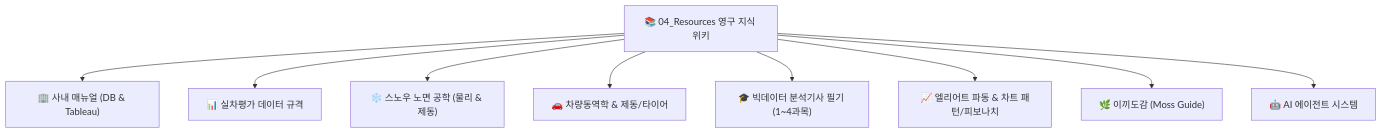
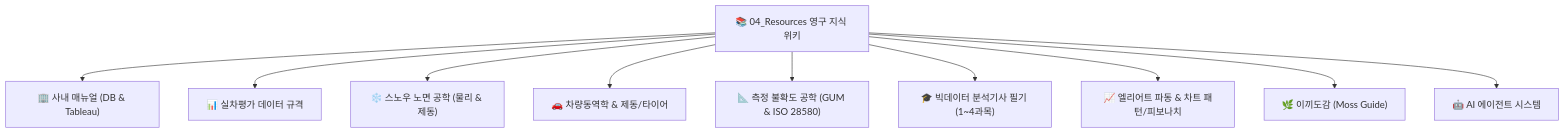
Before and after one commit to uunnooo/00_obsidian: the diagram in 04_Resources/00_지식_위키_통합_색인.md, drawn with Mermaid. The commit also changed other lines of this file and 12 other files, not shown here.

````diff
--- a/04_Resources/00_지식_위키_통합_색인.md
+++ b/04_Resources/00_지식_위키_통합_색인.md
@@ -23,12 +23,13 @@
 ```mermaid
 graph TD
     Root["📚 04_Resources 영구 지식 위키"]
     Root --> M1["🏢 사내 매뉴얼 (DB & Tableau)"]
     Root --> M2["📊 실차평가 데이터 규격"]
     Root --> M3["❄️ 스노우 노면 공학 (물리 & 제동)"]
     Root --> M4["🚗 차량동역학 & 제동/타이어"]
-    Root --> M5["🎓 빅데이터 분석기사 필기 (1~4과목)"]
-    Root --> M6["📈 엘리어트 파동 & 차트 패턴/피보나치"]
-    Root --> M7["🌿 이끼도감 (Moss Guide)"]
-    Root --> M8["🤖 AI 에이전트 시스템"]
+    Root --> M5["📐 측정 불확도 공학 (GUM & ISO 28580)"]
+    Root --> M6["🎓 빅데이터 분석기사 필기 (1~4과목)"]
+    Root --> M7["📈 엘리어트 파동 & 차트 패턴/피보나치"]
+    Root --> M8["🌿 이끼도감 (Moss Guide)"]
+    Root --> M9["🤖 AI 에이전트 시스템"]
 ```
````
